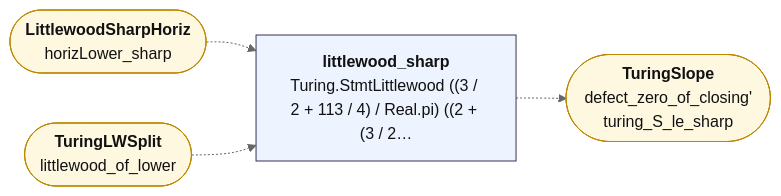
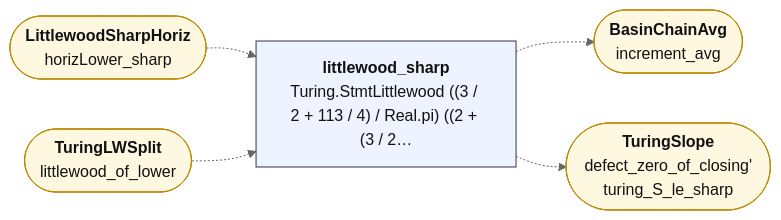
Before and after one commit to juliansambranojr/Primebeat_081426: the diagram in map/lean_stage3/LittlewoodSharp.md, drawn with Mermaid (neutral theme). The commit also changed other lines of this file and 60 other files, not shown here.

````diff
--- a/map/lean_stage3/LittlewoodSharp.md
+++ b/map/lean_stage3/LittlewoodSharp.md
@@ -14,18 +14,20 @@
 ```mermaid
 flowchart LR
   n0["<b>littlewood_sharp</b><br/>Turing.StmtLittlewood ((3 / 2 + 113 / 4) / Real.pi) ((2 + (3 / 2…"]:::thm
   x0(["<b>LittlewoodSharpHoriz</b><br/>horizLower_sharp"]):::ext
   x1(["<b>TuringLWSplit</b><br/>littlewood_of_lower"]):::ext
-  x2(["<b>TuringSlope</b><br/>defect_zero_of_closing'<br/>turing_S_le_sharp"]):::ext
+  x2(["<b>BasinChainAvg</b><br/>increment_avg"]):::ext
+  x3(["<b>TuringSlope</b><br/>defect_zero_of_closing'<br/>turing_S_le_sharp"]):::ext
   n0 -.-> x2
+  n0 -.-> x3
   x0 -.-> n0
   x1 -.-> n0
   classDef cnt fill:#dff5ec,stroke:#17694a,color:#111
   classDef shp fill:#f1ecfb,stroke:#5b3fa0,color:#111
   classDef rh fill:#ffe5e5,stroke:#c22,color:#111,stroke-width:2px
   classDef thm fill:#eef4ff,stroke:#335,color:#111
   classDef end_ fill:#e7f7e7,stroke:#2a7,color:#111,stroke-width:2px
   classDef lone fill:#fff,stroke:#999,color:#111,stroke-dasharray:4 3
   classDef bad fill:#ffe5e5,stroke:#c22,color:#111,stroke-width:2px
   classDef ext fill:#fff8e1,stroke:#b80,color:#111
 ```
````
